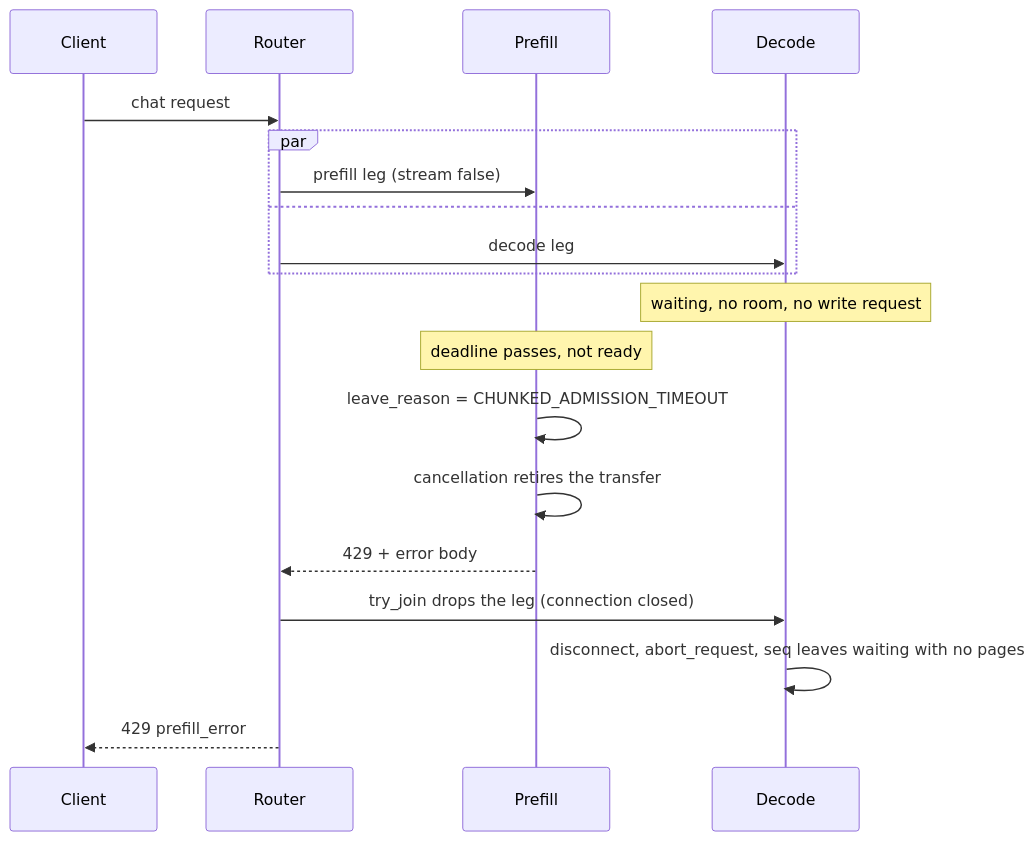
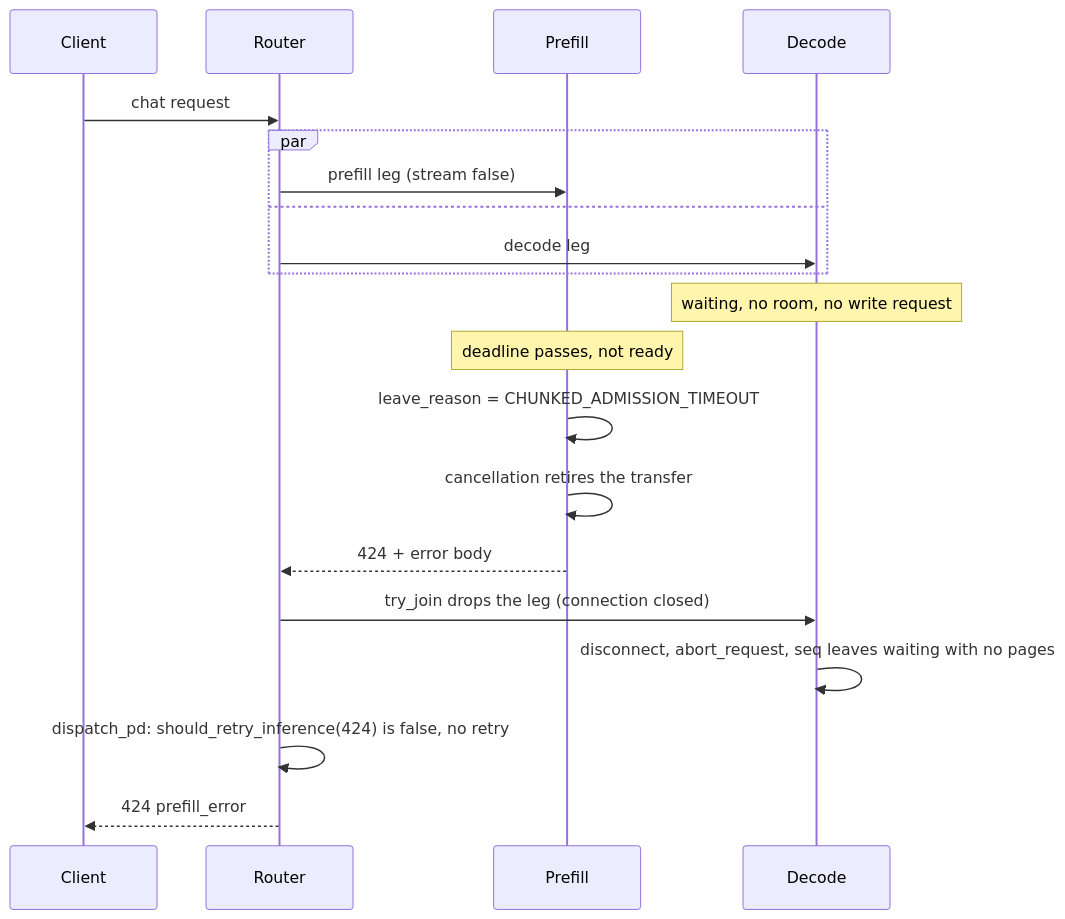
Before and after one commit to MengqingCao/ATOM: the first of 6 diagrams in docs/pd_admission_timeout.md, drawn with Mermaid. The commit also changed other lines of this file, not shown here.

````diff
--- a/docs/pd_admission_timeout.md
+++ b/docs/pd_admission_timeout.md
@@ -50,21 +51,22 @@
 ```mermaid
 sequenceDiagram
     participant C as Client
     participant R as Router
     participant P as Prefill
     participant D as Decode
     C->>R: chat request
     par
         R->>P: prefill leg (stream false)
     and
         R->>D: decode leg
     end
     Note over D: waiting, no room, no write request
     Note over P: deadline passes, not ready
     P->>P: leave_reason = CHUNKED_ADMISSION_TIMEOUT
     P->>P: cancellation retires the transfer
-    P-->>R: 429 + error body
+    P-->>R: 424 + error body
     R->>D: try_join drops the leg (connection closed)
     D->>D: disconnect, abort_request, seq leaves waiting with no pages
-    R-->>C: 429 prefill_error
+    R->>R: dispatch_pd: should_retry_inference(424) is false, no retry
+    R-->>C: 424 prefill_error
 ```
````
